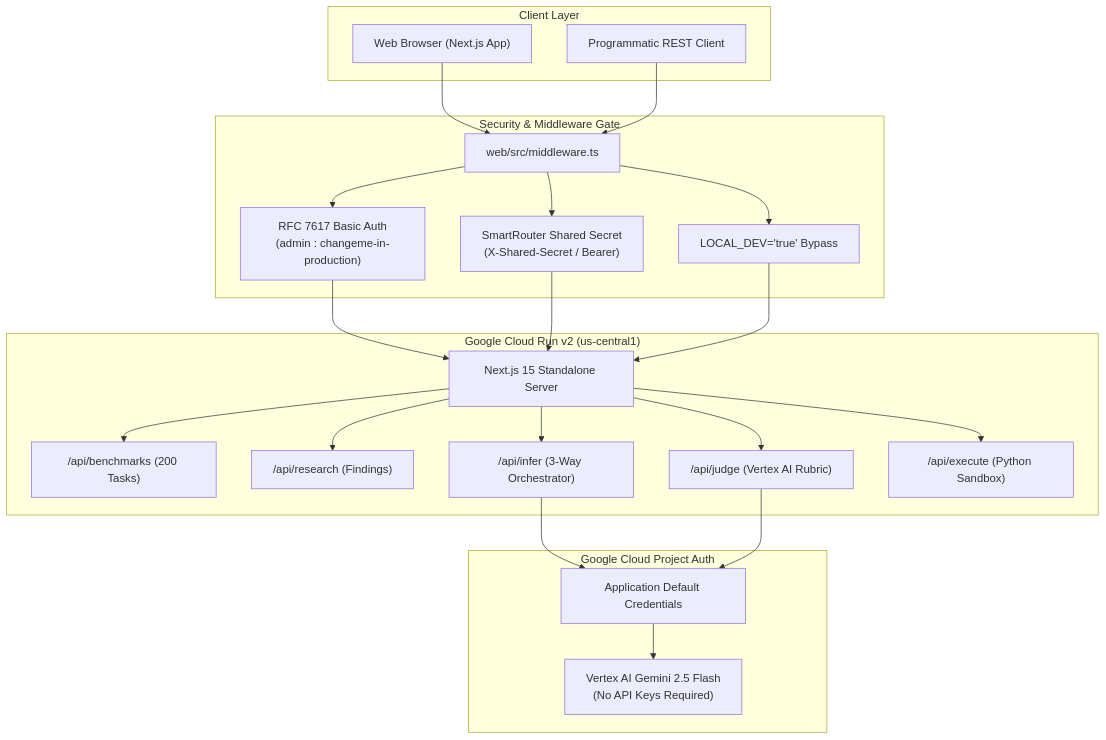
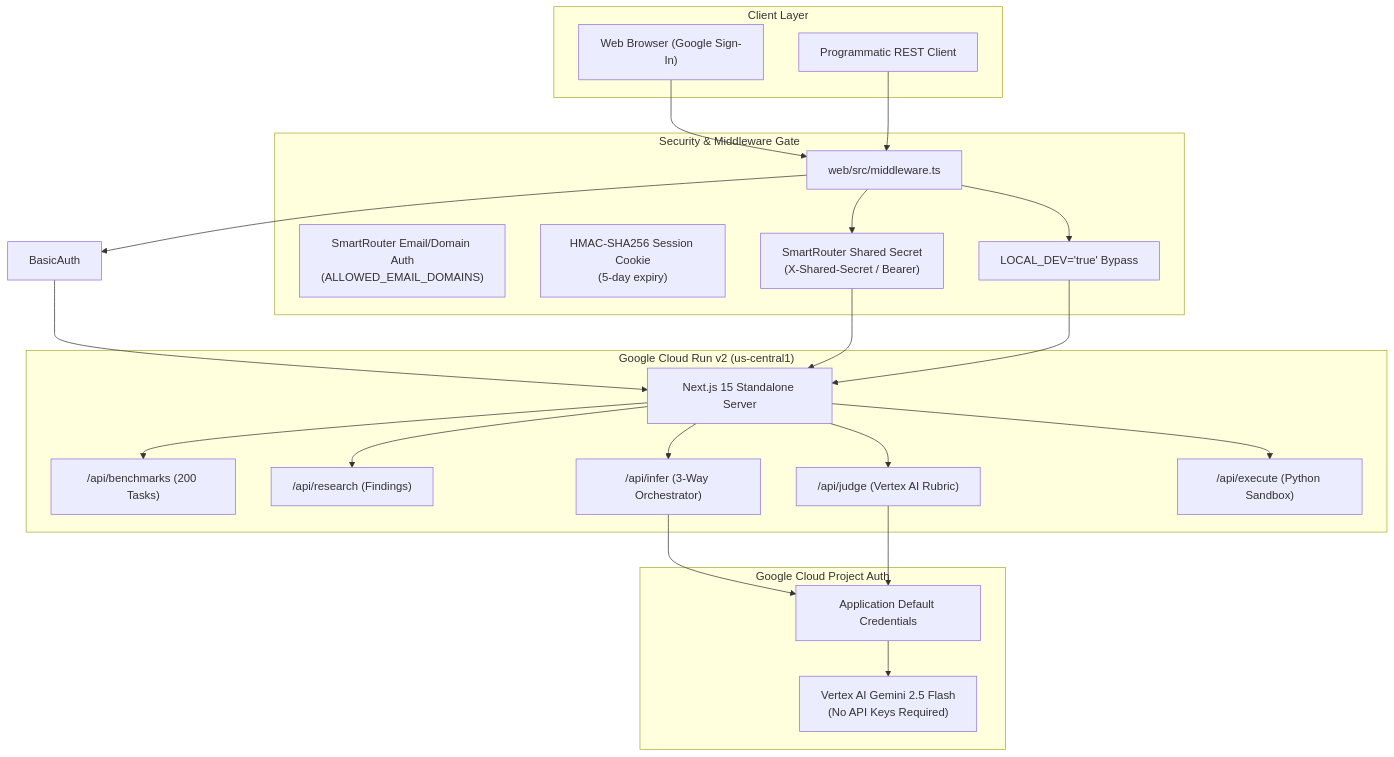
One commit to davenportjw/recursive-model changed the diagram in docs/cloud_showcase_and_benchmarks.md. Above: the diagram before and after it, drawn with Mermaid. The commit also changed other lines of this file, not shown here.

Commit message:
docs: document verified SmartRouter email auth on Cloud Run

````diff
--- a/docs/cloud_showcase_and_benchmarks.md
+++ b/docs/cloud_showcase_and_benchmarks.md
@@ -19,45 +19,46 @@
 ```mermaid
 graph TD
     subgraph Client ["Client Layer"]
-        Browser["Web Browser (Next.js App)"]
+        Browser["Web Browser (Google Sign-In)"]
         APIClient["Programmatic REST Client"]
     end
 
     subgraph SecurityGate ["Security & Middleware Gate"]
         MW["web/src/middleware.ts"]
-        BasicAuth["RFC 7617 Basic Auth<br/>(admin : changeme-in-production)"]
+        DomainAuth["SmartRouter Email/Domain Auth<br/>(ALLOWED_EMAIL_DOMAINS)"]
+        SessionCookie["HMAC-SHA256 Session Cookie<br/>(5-day expiry)"]
         SharedSecret["SmartRouter Shared Secret<br/>(X-Shared-Secret / Bearer)"]
         LocalBypass["LOCAL_DEV='true' Bypass"]
     end
 
     subgraph CloudRun ["Google Cloud Run v2 (us-central1)"]
         NextServer["Next.js 15 Standalone Server"]
         RouteBench["/api/benchmarks (200 Tasks)"]
         RouteResearch["/api/research (Findings)"]
         RouteInfer["/api/infer (3-Way Orchestrator)"]
         RouteJudge["/api/judge (Vertex AI Rubric)"]
         RouteExec["/api/execute (Python Sandbox)"]
     end
 
     subgraph GCPAuth ["Google Cloud Project Auth"]
         ADC["Application Default Credentials"]
         VertexAI["Vertex AI Gemini 2.5 Flash<br/>(No API Keys Required)"]
     end
 
     Browser --> MW
     APIClient --> MW
     MW --> BasicAuth
     MW --> SharedSecret
     MW --> LocalBypass
     BasicAuth --> NextServer
     SharedSecret --> NextServer
     LocalBypass --> NextServer
     NextServer --> RouteBench
     NextServer --> RouteResearch
     NextServer --> RouteInfer
     NextServer --> RouteJudge
     NextServer --> RouteExec
     RouteInfer --> ADC
     RouteJudge --> ADC
     ADC --> VertexAI
 ```
````
